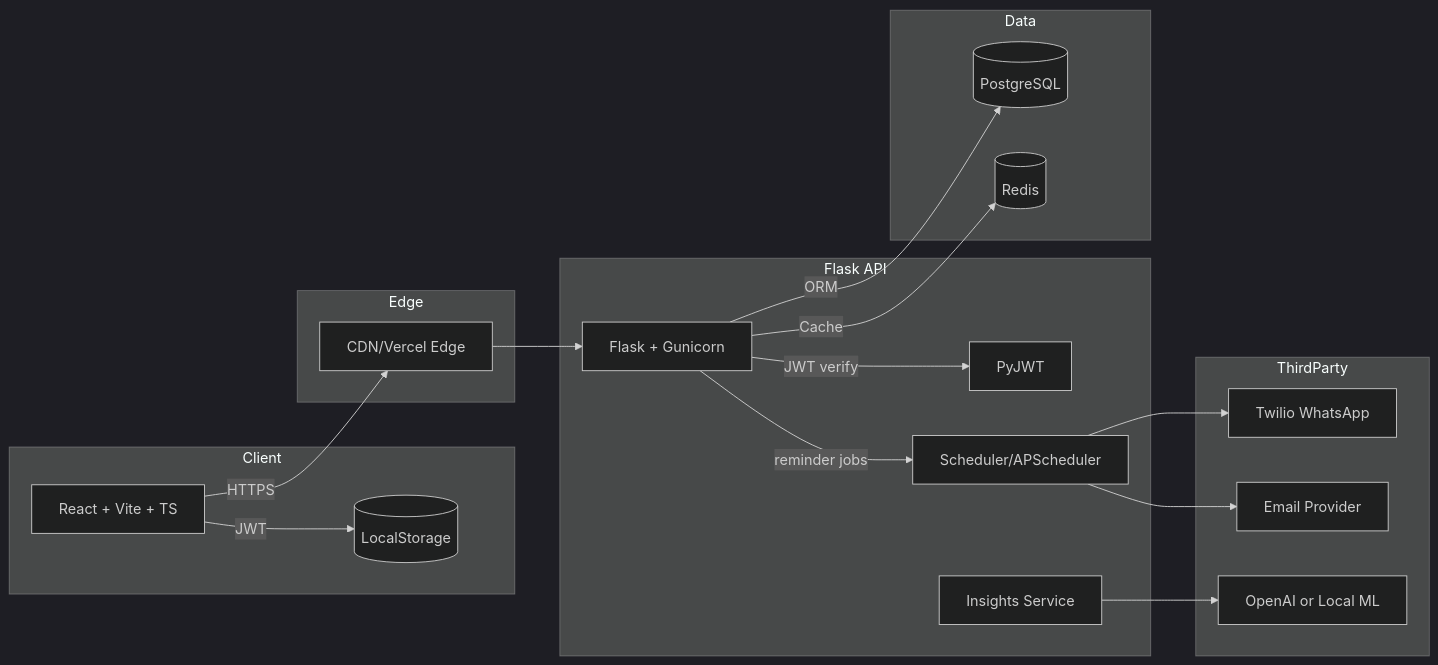
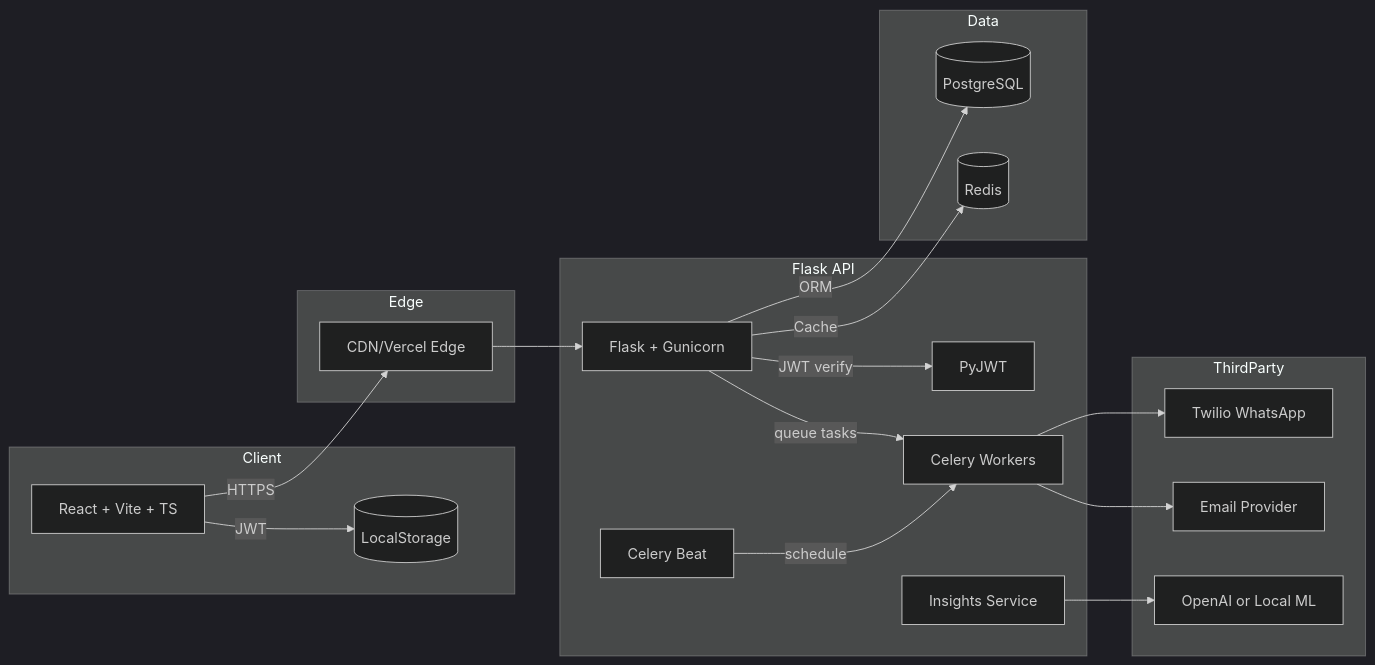
One commit to rohitdash08/FinMind changed the diagram in README.md. Above: the diagram before and after it, drawn with Mermaid (dark theme). The commit also changed other lines of this file and 15 other files, not shown here.

````diff
--- a/README.md
+++ b/README.md
@@ -7,38 +7,40 @@
 ```mermaid
 flowchart LR
   subgraph Client
     A[React + Vite + TS]
     A -->|JWT| LS[(LocalStorage)]
   end
 
   subgraph Edge
     CDN[CDN/Vercel Edge]
   end
 
   subgraph Backend[Flask API]
     API[Flask + Gunicorn]
     JWT[PyJWT]
     AI[Insights Service]
-    SCH[Scheduler/APScheduler]
+    CEL[Celery Workers]
+    BEAT[Celery Beat]
   end
 
   subgraph Data
     PG[(PostgreSQL)]
     RD[(Redis)]
   end
 
   subgraph ThirdParty
     TW[Twilio WhatsApp]
     SMTP[Email Provider]
     OAI[OpenAI or Local ML]
   end
 
   A -->|HTTPS| CDN --> API
   API -->|ORM| PG
   API -->|Cache| RD
   API -->|JWT verify| JWT
-  API -->|reminder jobs| SCH
-  SCH --> TW
-  SCH --> SMTP
+  API -->|queue tasks| CEL
+  BEAT -->|schedule| CEL
+  CEL --> TW
+  CEL --> SMTP
   AI --> OAI
 ```
````
